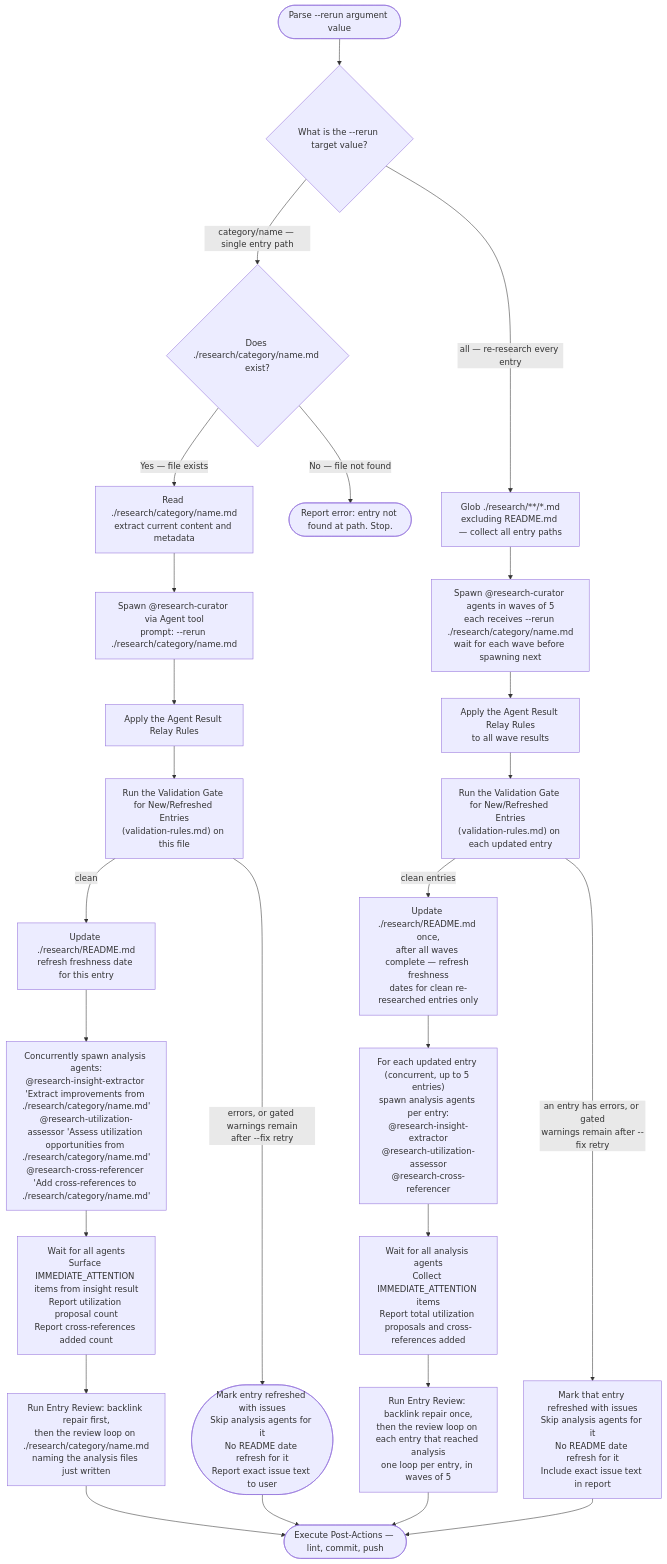
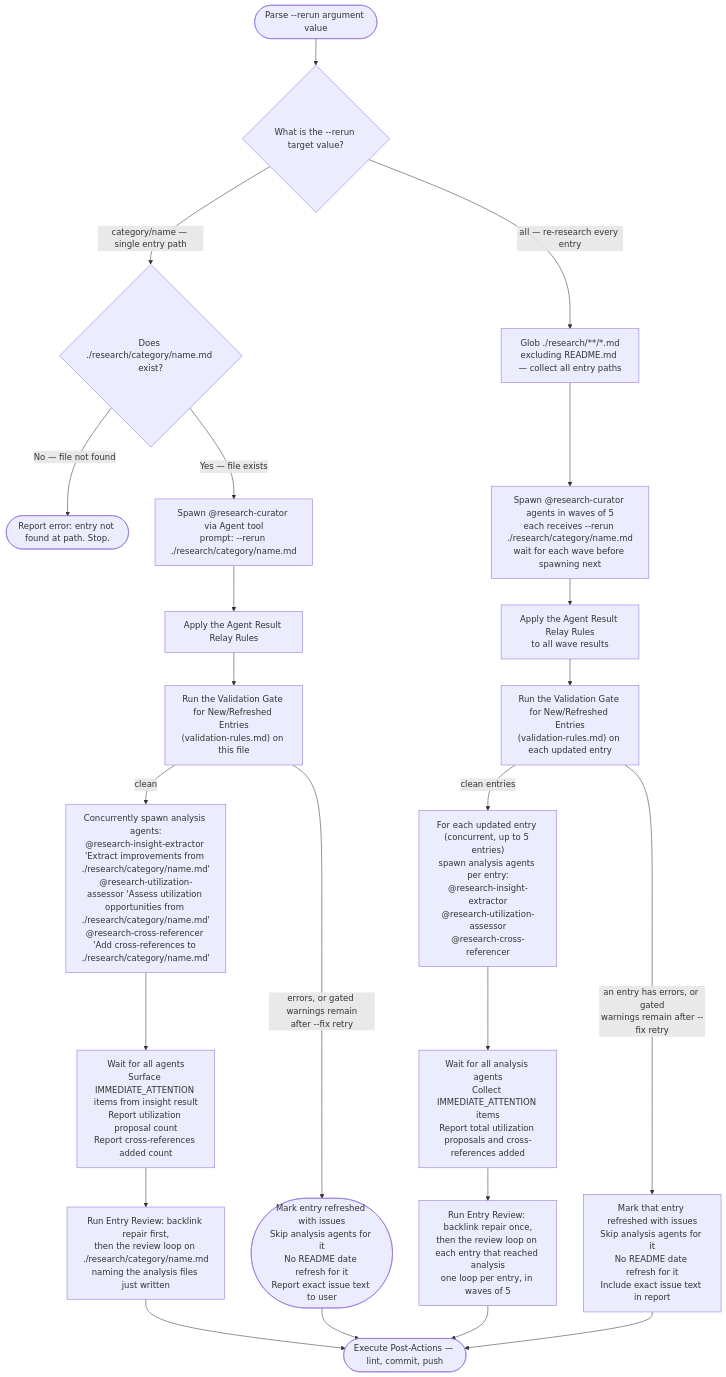
The second of 4 diagrams in .claude/skills/research-curator/SKILL.md (Jamie-BitFlight/claude_skills), drawn with Mermaid before and after one commit. The commit also changed other lines of this file and 8 other files, not shown here.

First line of the commit message:
refactor(research-curator): align creator and reviewer instructions and cut unread steps

````diff
--- a/.claude/skills/research-curator/SKILL.md
+++ b/.claude/skills/research-curator/SKILL.md
@@ -174,28 +172,25 @@
 ```mermaid
 flowchart TD
     Start(["Parse --rerun argument value"]) --> Q{"What is the --rerun target value?"}
     Q -->|"category/name — single entry path"| VerifyFile{"Does ./research/category/name.md exist?"}
     Q -->|"all — re-research every entry"| FindAll["Glob ./research/**/*.md<br>excluding README.md — collect all entry paths"]
     VerifyFile -->|"No — file not found"| Missing(["Report error: entry not found at path. Stop."])
-    VerifyFile -->|"Yes — file exists"| ReadFile["Read ./research/category/name.md<br>extract current content and metadata"]
-    ReadFile --> Spawn1["Spawn @research-curator via Agent tool<br>prompt: --rerun ./research/category/name.md"]
+    VerifyFile -->|"Yes — file exists"| Spawn1["Spawn @research-curator via Agent tool<br>prompt: --rerun ./research/category/name.md"]
     Spawn1 --> RelayCheck1["Apply the Agent Result Relay Rules"]
     RelayCheck1 --> Validate1["Run the Validation Gate for New/Refreshed Entries<br>(validation-rules.md) on this file"]
     Validate1 -->|"errors, or gated warnings remain<br>after --fix retry"| Issues1(["Mark entry refreshed with issues<br>Skip analysis agents for it<br>No README date refresh for it<br>Report exact issue text to user"])
-    Validate1 -->|"clean"| UpdateDate["Update ./research/README.md<br>refresh freshness date for this entry"]
+    Validate1 -->|"clean"| SpawnAnalysis1["Concurrently spawn analysis agents:<br>@research-insight-extractor 'Extract improvements from ./research/category/name.md'<br>@research-utilization-assessor 'Assess utilization opportunities from ./research/category/name.md'<br>@research-cross-referencer 'Add cross-references to ./research/category/name.md'"]
     FindAll --> WaveSpawn["Spawn @research-curator agents in waves of 5<br>each receives --rerun ./research/category/name.md<br>wait for each wave before spawning next"]
     WaveSpawn --> RelayCheck2["Apply the Agent Result Relay Rules<br>to all wave results"]
     RelayCheck2 --> ValidateN["Run the Validation Gate for New/Refreshed Entries<br>(validation-rules.md) on each updated entry"]
     ValidateN -->|"an entry has errors, or gated<br>warnings remain after --fix retry"| IssuesN["Mark that entry refreshed with issues<br>Skip analysis agents for it<br>No README date refresh for it<br>Include exact issue text in report"]
-    ValidateN -->|"clean entries"| UpdateDates["Update ./research/README.md once,<br>after all waves complete — refresh freshness<br>dates for clean re-researched entries only"]
-    UpdateDate --> SpawnAnalysis1["Concurrently spawn analysis agents:<br>@research-insight-extractor 'Extract improvements from ./research/category/name.md'<br>@research-utilization-assessor 'Assess utilization opportunities from ./research/category/name.md'<br>@research-cross-referencer 'Add cross-references to ./research/category/name.md'"]
+    ValidateN -->|"clean entries"| SpawnAnalysisN["For each updated entry (concurrent, up to 5 entries)<br>spawn analysis agents per entry:<br>@research-insight-extractor<br>@research-utilization-assessor<br>@research-cross-referencer"]
     SpawnAnalysis1 --> WaitAnalysis1["Wait for all agents<br>Surface IMMEDIATE_ATTENTION items from insight result<br>Report utilization proposal count<br>Report cross-references added count"]
     WaitAnalysis1 --> Review1["Run Entry Review: backlink repair first,<br>then the review loop on ./research/category/name.md<br>naming the analysis files just written"]
     Review1 --> PostActions(["Execute Post-Actions — lint, commit, push"])
     Issues1 --> PostActions
-    UpdateDates --> SpawnAnalysisN["For each updated entry (concurrent, up to 5 entries)<br>spawn analysis agents per entry:<br>@research-insight-extractor<br>@research-utilization-assessor<br>@research-cross-referencer"]
     SpawnAnalysisN --> WaitAnalysisN["Wait for all analysis agents<br>Collect IMMEDIATE_ATTENTION items<br>Report total utilization proposals and cross-references added"]
     WaitAnalysisN --> ReviewN["Run Entry Review: backlink repair once,<br>then the review loop on each entry that reached analysis<br>one loop per entry, in waves of 5"]
     ReviewN --> PostActions
     IssuesN --> PostActions
 ```
````
